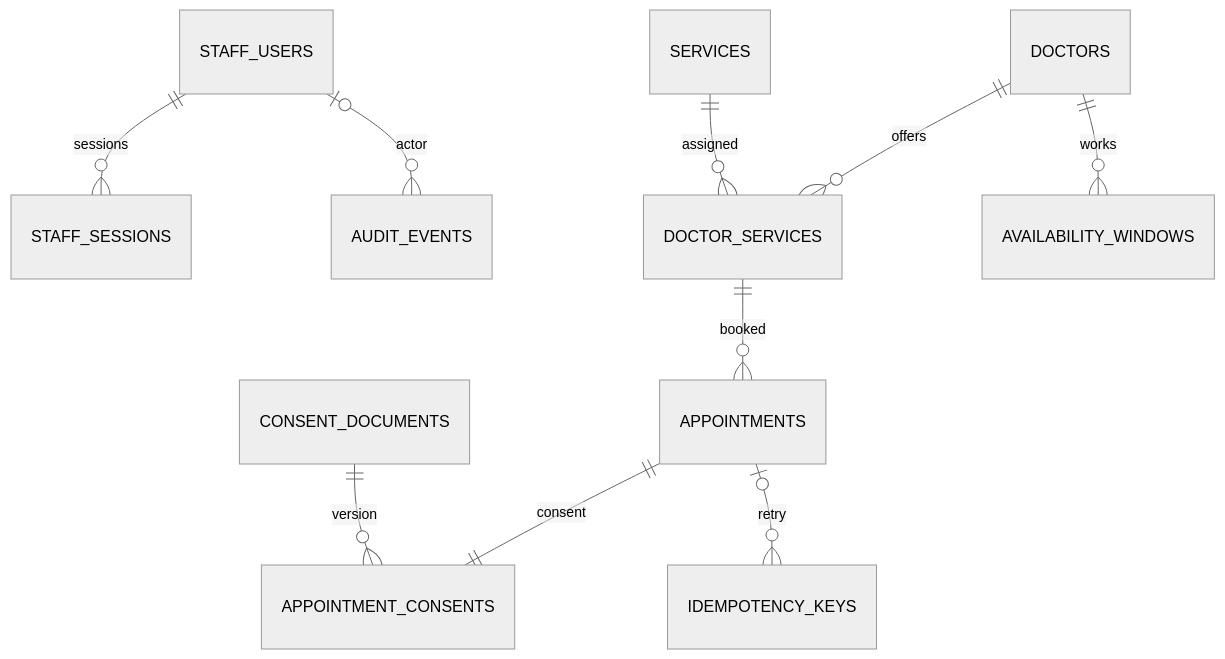
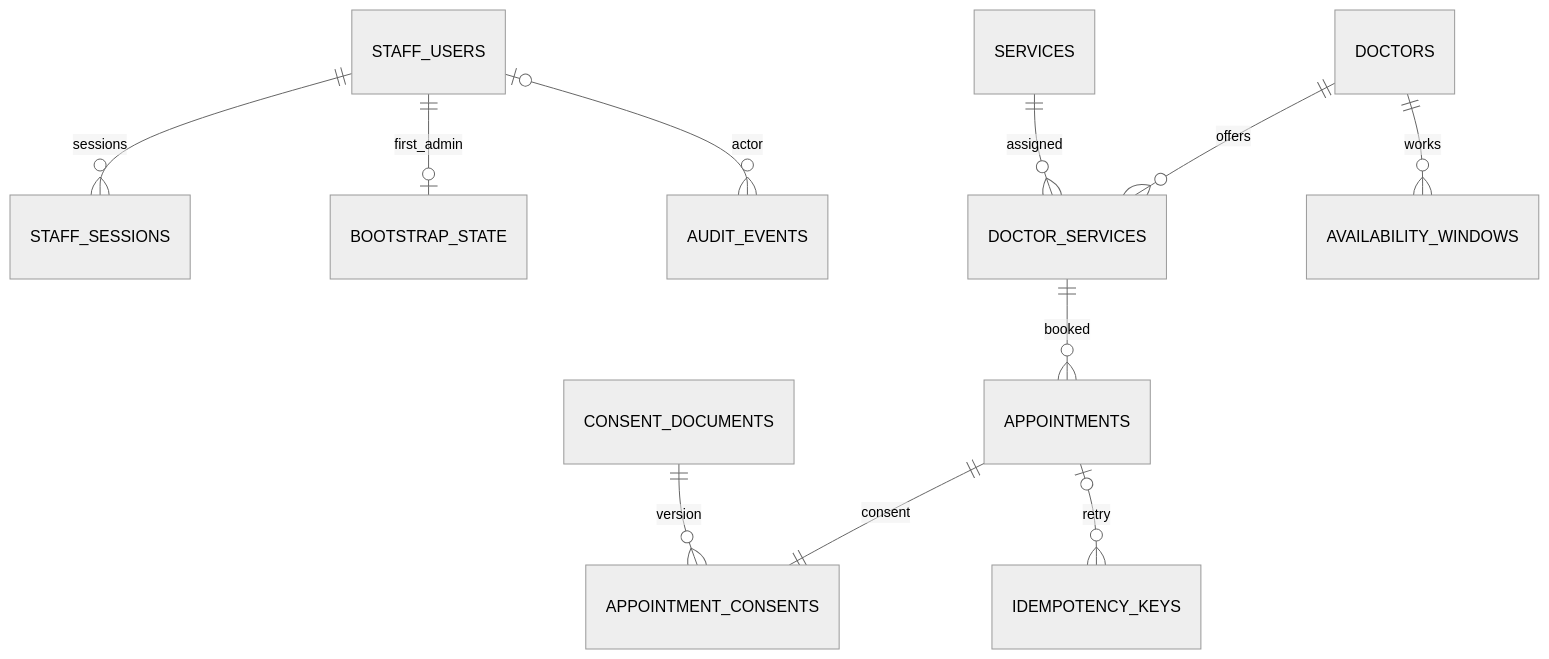
One commit to adiat-syr/Clinic changed the second of 2 diagrams in README.md. Above: the diagram before and after it, drawn with Mermaid (neutral theme). The commit also changed other lines of this file and 37 other files, not shown here.

````diff
--- a/README.md
+++ b/README.md
@@ -167,12 +173,13 @@
 ```mermaid
 erDiagram
     STAFF_USERS ||--o{ STAFF_SESSIONS : sessions
+    STAFF_USERS ||--o| BOOTSTRAP_STATE : first_admin
     STAFF_USERS o|--o{ AUDIT_EVENTS : actor
     DOCTORS ||--o{ DOCTOR_SERVICES : offers
     SERVICES ||--o{ DOCTOR_SERVICES : assigned
     DOCTORS ||--o{ AVAILABILITY_WINDOWS : works
     DOCTOR_SERVICES ||--o{ APPOINTMENTS : booked
     APPOINTMENTS ||--|| APPOINTMENT_CONSENTS : consent
     CONSENT_DOCUMENTS ||--o{ APPOINTMENT_CONSENTS : version
     APPOINTMENTS o|--o{ IDEMPOTENCY_KEYS : retry
 ```
````
